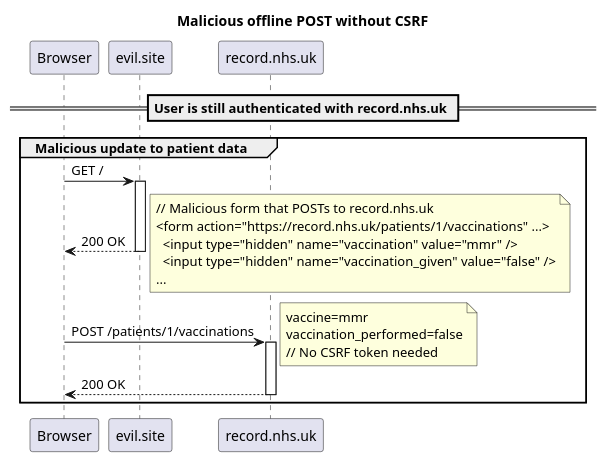
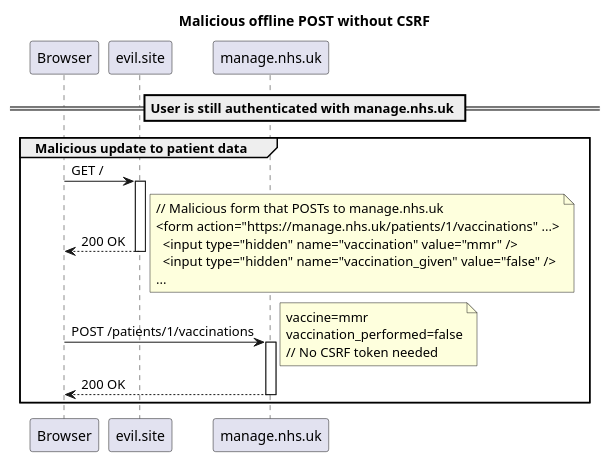
One commit to nhsuk/manage-vaccinations-in-schools changed the diagram in docs/diagrams/malicious-offline-post-without-csrf.puml. Above: the diagram before and after it, drawn with PlantUML. The commit also changed 14 other files, not shown here.

Commit message:
Rename record to manage

```diff
--- a/docs/diagrams/malicious-offline-post-without-csrf.puml
+++ b/docs/diagrams/malicious-offline-post-without-csrf.puml
@@ -1,29 +1,29 @@
 @startuml
 
 title Malicious offline POST without CSRF
 
 autoactivate on
 
-== User is still authenticated with record.nhs.uk ==
+== User is still authenticated with manage.nhs.uk ==
 
 group Malicious update to patient data
     Browser -> evil.site: GET /
     return 200 OK
     note right
-        // Malicious form that POSTs to record.nhs.uk
-        <form action="https://record.nhs.uk/patients/1/vaccinations" ...>
+        // Malicious form that POSTs to manage.nhs.uk
+        <form action="https://manage.nhs.uk/patients/1/vaccinations" ...>
           <input type="hidden" name="vaccination" value="mmr" />
           <input type="hidden" name="vaccination_given" value="false" />
         ...
     end note
 
-    Browser -> record.nhs.uk: POST /patients/1/vaccinations
+    Browser -> manage.nhs.uk: POST /patients/1/vaccinations
     note right
         vaccine=mmr
         vaccination_performed=false
         // No CSRF token needed
     end note
     return 200 OK
 end
 
 @enduml
```
